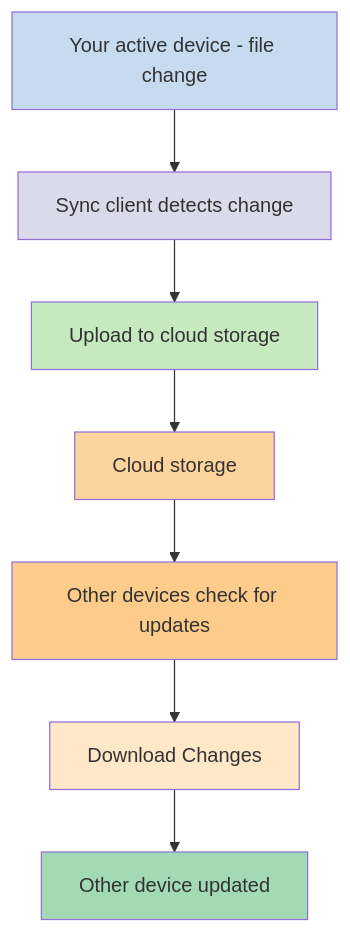
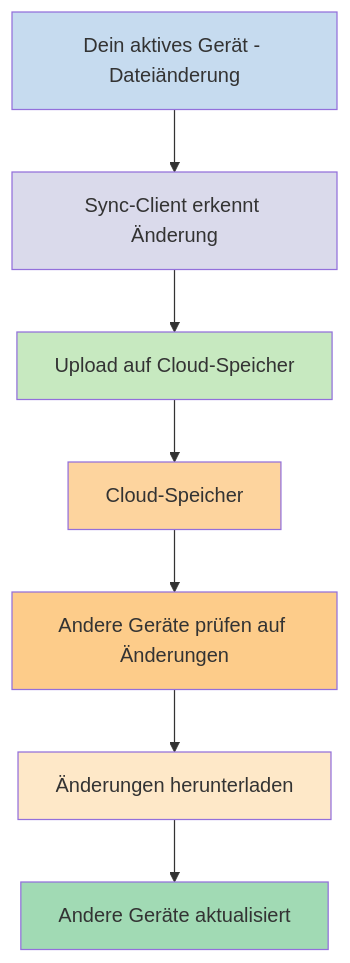
The first of 2 diagrams in de/Obsidian Sync/Lokale und Remote-Vaults.md (Mephi78/obsidian-help-de), drawn with Mermaid before and after one commit. The commit also changed other lines of this file and 15 other files, not shown here.

````diff
--- a/de/Obsidian Sync/Lokale und Remote-Vaults.md
+++ b/de/Obsidian Sync/Lokale und Remote-Vaults.md
@@ -34,24 +36,24 @@
 ```mermaid
 graph TD
-    A[Your active device - file change]
-    B[Sync client detects change]
-    C[Upload to cloud storage]
-    D[Cloud storage]
-    E[Other devices check for updates]
-    F[Download Changes]
-    G[Other device updated]
+    A[Dein aktives Gerät - Dateiänderung]
+    B[Sync-Client erkennt Änderung]
+    C[Upload auf Cloud-Speicher]
+    D[Cloud-Speicher]
+    E[Andere Geräte prüfen auf Änderungen]
+    F[Änderungen herunterladen]
+    G[Andere Geräte aktualisiert]
     
     A --> B
     B --> C
     C --> D
     D --> E
     E --> F
     F --> G
     style A fill:#c6dbef
     style B fill:#dadaeb
     style C fill:#c7e9c0
     style D fill:#fdd49e
     style E fill:#fdcc8a
     style F fill:#fee8c8
     style G fill:#a1dab4
 ```
````
